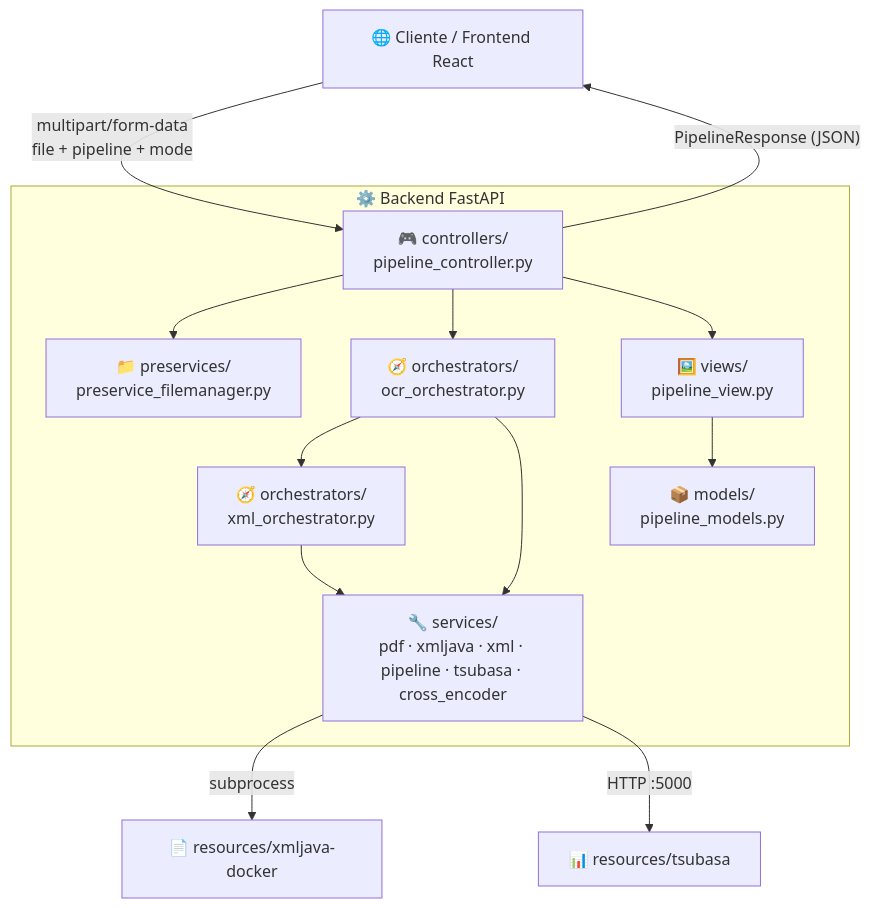
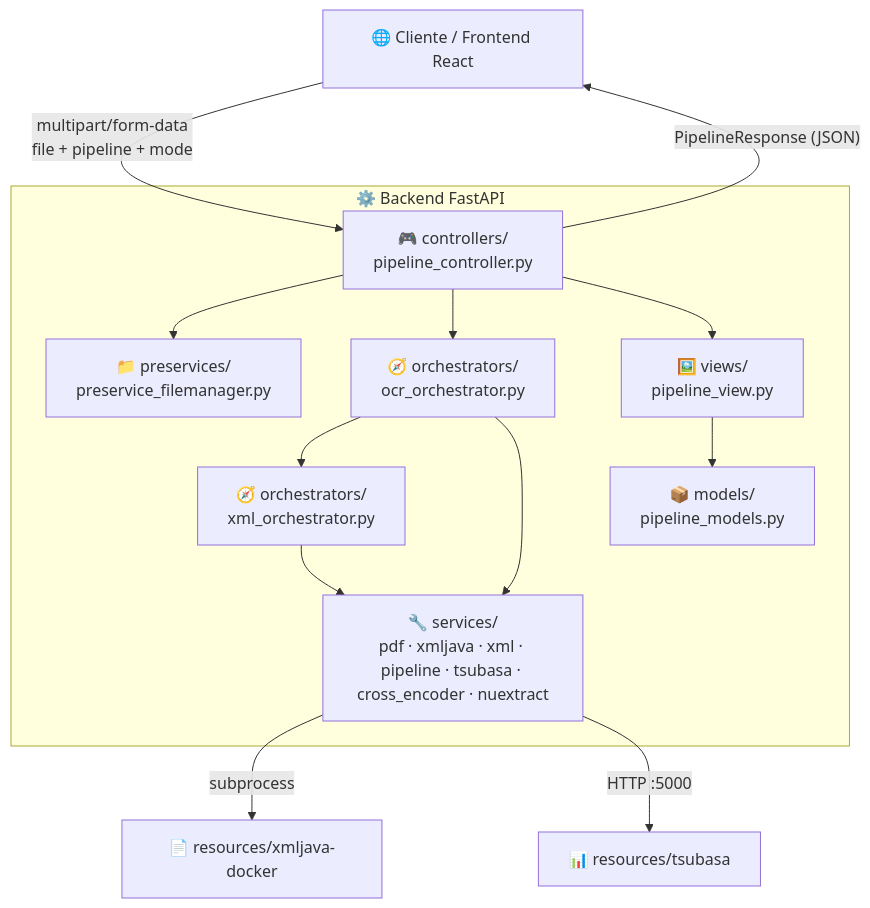
The first of 2 diagrams in README.md (Edahi98/RedDragon), drawn with Mermaid before and after one commit. The commit also changed other lines of this file and 1 other file, not shown here.

Commit message:
docs: document nuextract structured extraction step

````diff
--- a/README.md
+++ b/README.md
@@ -24,26 +24,26 @@
 ```mermaid
 graph TD
     Client["🌐 Cliente / Frontend React"] -->|"multipart/form-data<br/>file + pipeline + mode"| Controller
 
     subgraph API["⚙️ Backend FastAPI"]
         Controller["🎮 controllers/<br/>pipeline_controller.py"]
         Preservice["📁 preservices/<br/>preservice_filemanager.py"]
         Orchestrator["🧭 orchestrators/<br/>ocr_orchestrator.py"]
         XmlOrch["🧭 orchestrators/<br/>xml_orchestrator.py"]
-        Services["🔧 services/<br/>pdf · xmljava · xml · pipeline · tsubasa · cross_encoder"]
+        Services["🔧 services/<br/>pdf · xmljava · xml · pipeline · tsubasa · cross_encoder · nuextract"]
         Model["📦 models/<br/>pipeline_models.py"]
         View["🖼️ views/<br/>pipeline_view.py"]
     end
 
     Controller --> Preservice
     Controller --> Orchestrator
     Orchestrator --> XmlOrch
     Orchestrator --> Services
     XmlOrch --> Services
     Controller --> View
     View --> Model
     Controller -->|"PipelineResponse (JSON)"| Client
 
     Services -->|"subprocess"| BinJava["📄 resources/xmljava-docker"]
     Services -->|"HTTP :5000"| BinTsubasa["📊 resources/tsubasa"]
 ```
````
